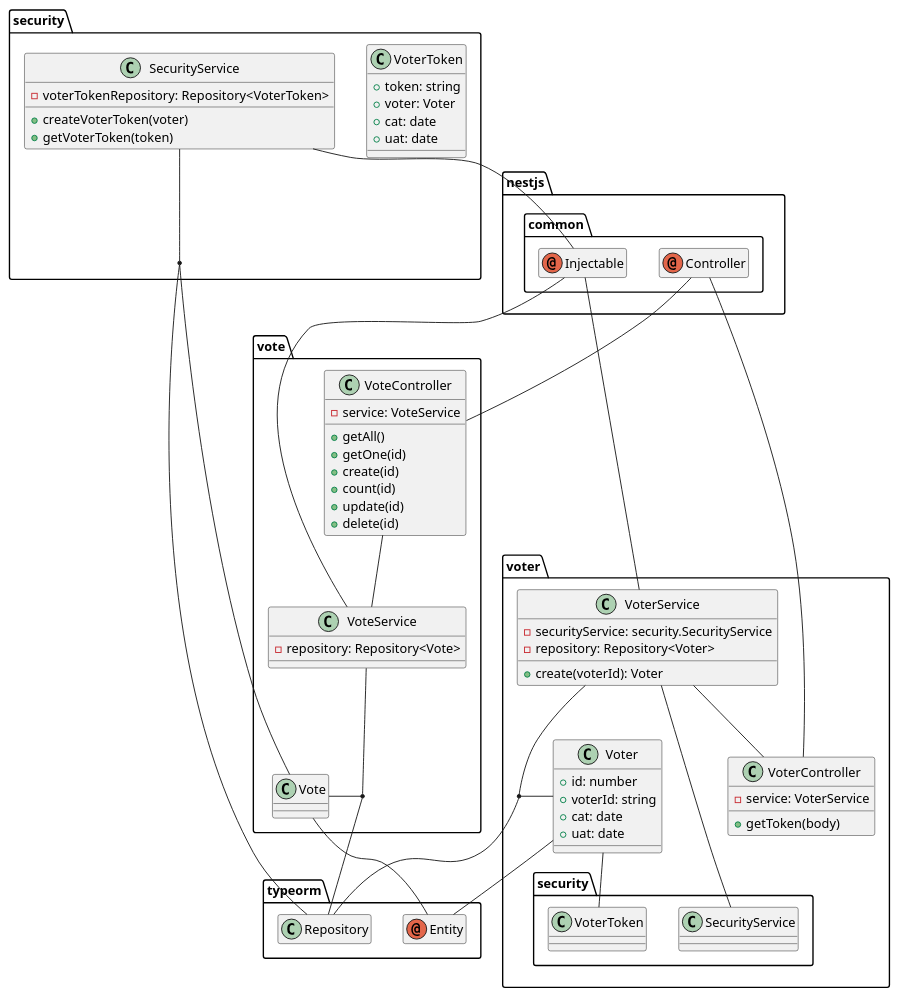
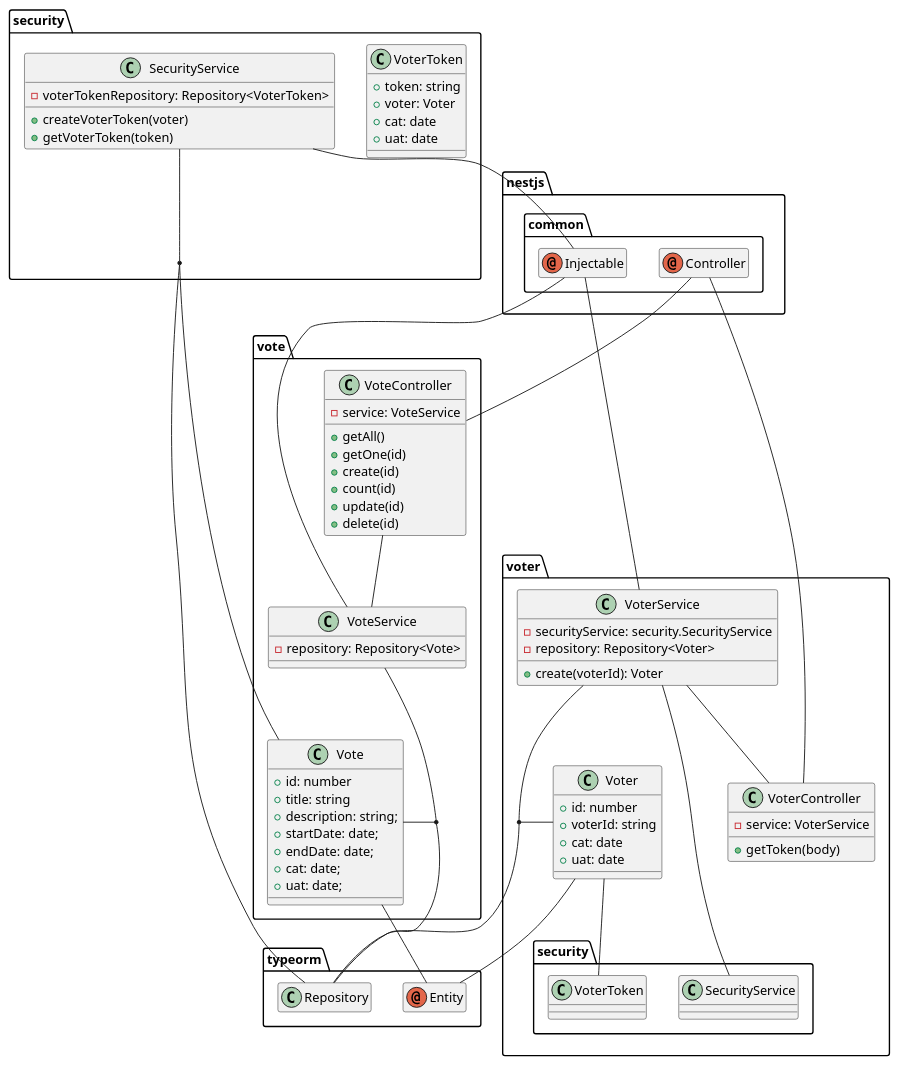
Before and after one commit to hbjydev/shu-oop-cw2: the diagram in docs/uml/class.puml, drawn with PlantUML. The commit also changed 4 other files, not shown here.

Commit message:
update uml diagram, modify vote controller slightly

```diff
--- a/docs/uml/class.puml
+++ b/docs/uml/class.puml
@@ -1,88 +1,96 @@
 @startuml "Class Diagram"
 set namespaceSeparator .
 
 annotation nestjs.common.Controller
 hide nestjs.common.Controller members
 annotation nestjs.common.Injectable
 hide nestjs.common.Injectable members
 
 class typeorm.Repository
 hide typeorm.Repository members
 annotation typeorm.Entity
 hide typeorm.Entity members
 
 namespace voter {
   class VoterController {
     -service: VoterService
 
     +getToken(body)
   }
   nestjs.common.Controller -- VoterController
 
   class VoterService {
     -securityService: security.SecurityService
     -repository: Repository<Voter>
 
     +create(voterId): Voter
   }
   nestjs.common.Injectable -- VoterService
   VoterService -- VoterController
   VoterService -- security.SecurityService
 
   VoterService -- typeorm.Repository
   (VoterService, typeorm.Repository) -- Voter
 
   class Voter {
     +id: number
     +voterId: string
     +cat: date
     +uat: date
   }
   Voter -- security.VoterToken
   Voter -- typeorm.Entity
 }
 
 namespace vote {
   class VoteController {
     -service: VoteService
 
     +getAll()
     +getOne(id)
     +create(id)
     +count(id)
     +update(id)
     +delete(id)
   }
   nestjs.common.Controller -- vote.VoteController
   VoteController -- VoteService
 
   class VoteService {
     -repository: Repository<Vote>
   }
   nestjs.common.Injectable -- VoteService
   VoteService -- typeorm.Repository
   (VoteService, typeorm.Repository) -- Vote
 
-  class Vote {}
+  class Vote {
+    +id: number
+    +title: string
+    +description: string;
+    +startDate: date;
+    +endDate: date;
+    +cat: date;
+    +uat: date;
+  }
   Vote -- typeorm.Entity
 }
 
 namespace security {
   class VoterToken {
     +token: string
     +voter: Voter
     +cat: date
     +uat: date
   }
 
   class SecurityService {
     -voterTokenRepository: Repository<VoterToken>
     +createVoterToken(voter)
     +getVoterToken(token)
   }
   SecurityService -- nestjs.common.Injectable
   SecurityService -- typeorm.Repository
   (SecurityService, typeorm.Repository) -- vote.Vote
 }
 
 @enduml
```
